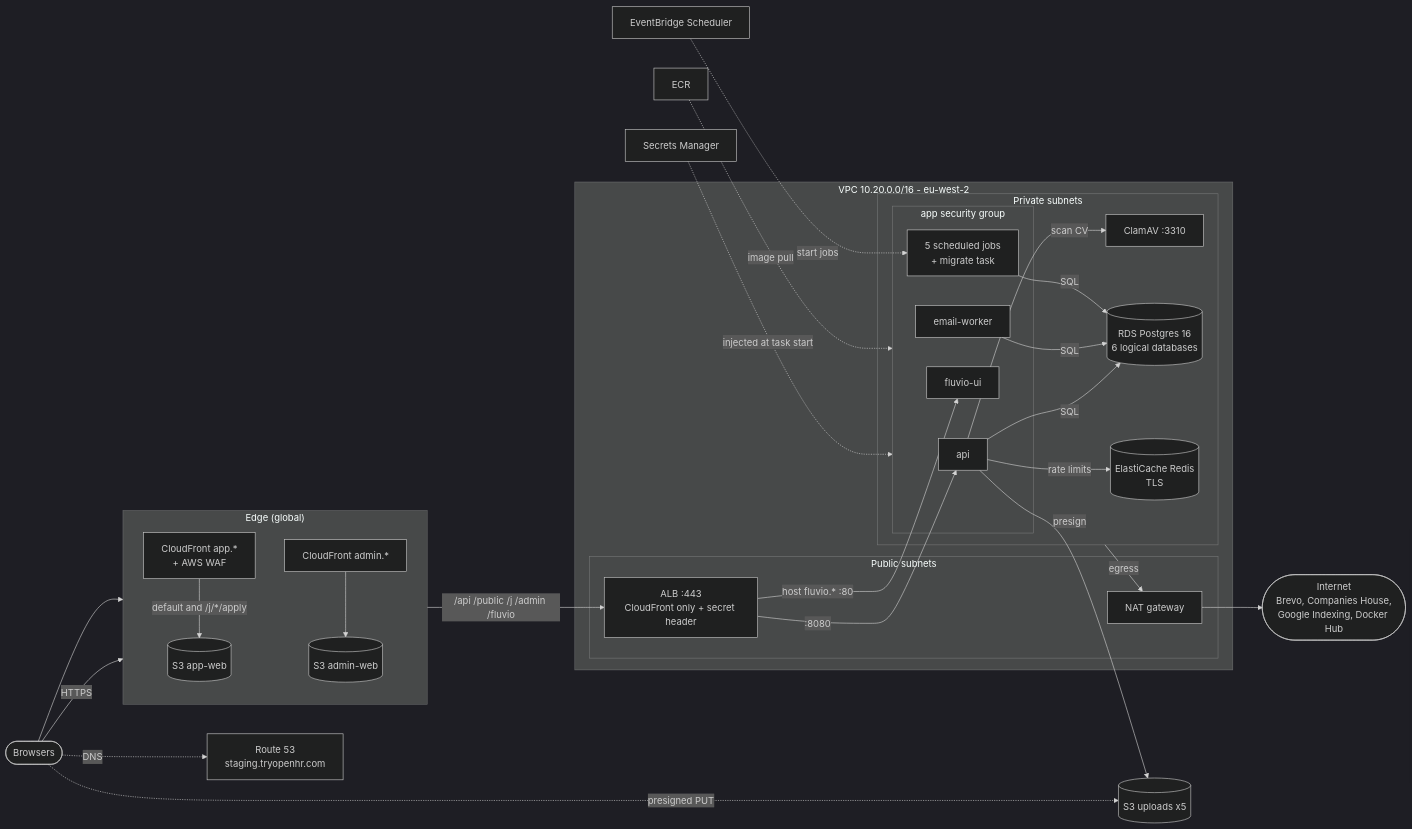
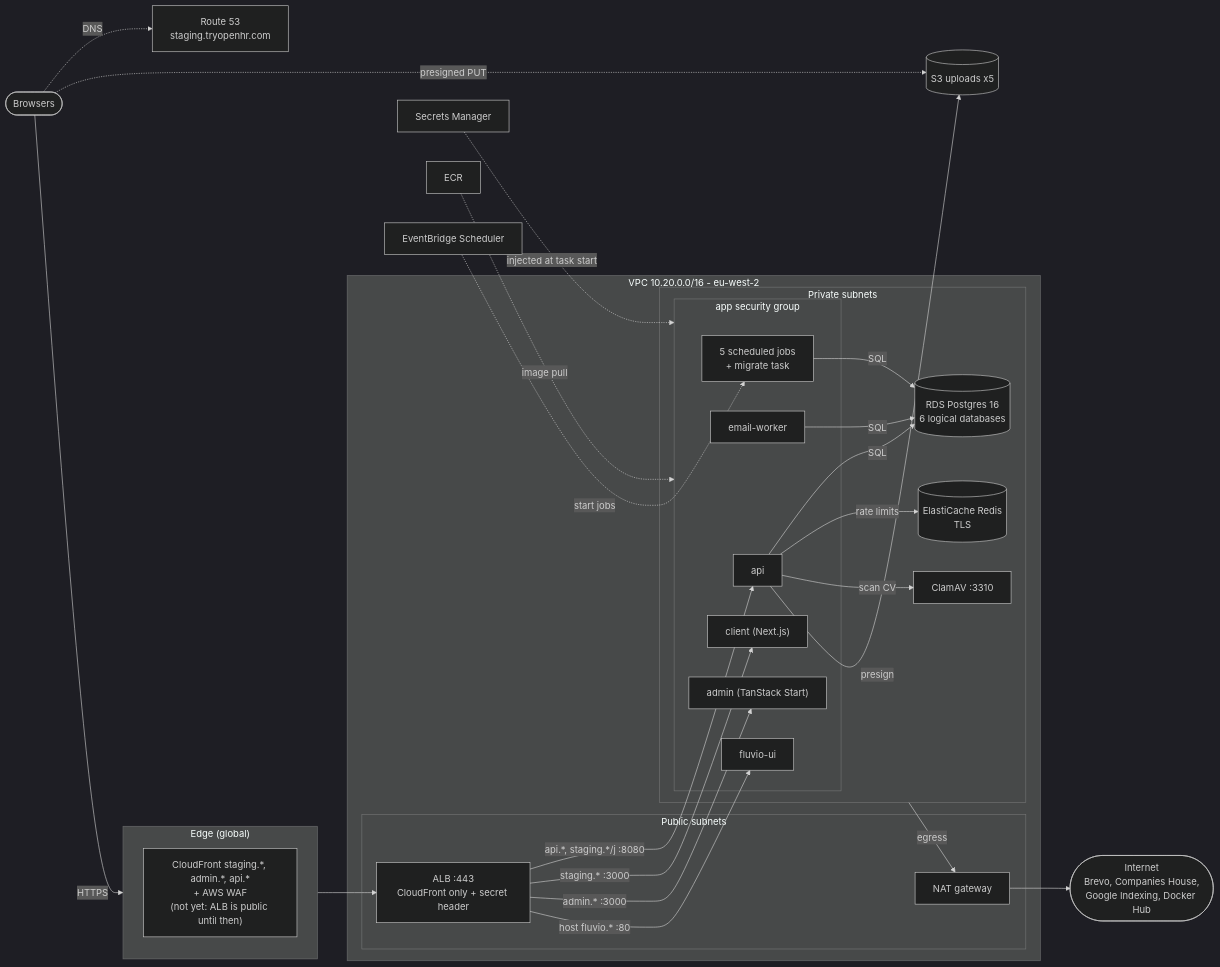
Before and after one commit to Angle-HR/server: the first of 2 diagrams in infra/ARCHITECTURE.md, drawn with Mermaid (dark theme). The commit also changed other lines of this file and 16 other files, not shown here.

First line of the commit message:
Staging without CloudFront; SSR frontends as ECS services

````diff
--- a/infra/ARCHITECTURE.md
+++ b/infra/ARCHITECTURE.md
@@ -8,58 +8,56 @@
 ```mermaid
 flowchart LR
   user(["Browsers"])
   r53["Route 53<br/>staging.tryopenhr.com"]
 
   subgraph edge["Edge (global)"]
     direction TB
-    cfa["CloudFront app.*<br/>+ AWS WAF"]
-    cfm["CloudFront admin.*"]
-    s3a[("S3 app-web")]
-    s3m[("S3 admin-web")]
+    cfa["CloudFront staging.*, admin.*, api.*<br/>+ AWS WAF<br/>(not yet: ALB is public until then)"]
   end
 
   subgraph vpc["VPC 10.20.0.0/16 - eu-west-2"]
     subgraph pub["Public subnets"]
       alb["ALB :443<br/>CloudFront only + secret header"]
       nat["NAT gateway"]
     end
     subgraph priv["Private subnets"]
       subgraph appsg["app security group"]
         api["api"]
         worker["email-worker"]
         fluvio["fluvio-ui"]
+        client["client (Next.js)"]
+        admin["admin (TanStack Start)"]
         jobs["5 scheduled jobs<br/>+ migrate task"]
       end
       clam["ClamAV :3310"]
       rds[("RDS Postgres 16<br/>6 logical databases")]
       redis[("ElastiCache Redis<br/>TLS")]
     end
   end
 
   s3u[("S3 uploads x5")]
   sm["Secrets Manager"]
   ecr["ECR"]
   eb["EventBridge Scheduler"]
   net(["Internet<br/>Brevo, Companies House,<br/>Google Indexing, Docker Hub"])
 
   user -.->|"DNS"| r53
   user -->|"HTTPS"| cfa
-  user --> cfm
-  cfa -->|"default and /j/*/apply"| s3a
-  cfm --> s3m
-  cfa -->|"/api /public /j /admin /fluvio"| alb
-  alb -->|":8080"| api
+  cfa --> alb
+  alb -->|"api.*, staging.*/j :8080"| api
+  alb -->|"staging.* :3000"| client
+  alb -->|"admin.* :3000"| admin
   alb -->|"host fluvio.* :80"| fluvio
   api -->|"SQL"| rds
   worker -->|"SQL"| rds
   jobs -->|"SQL"| rds
   api -->|"rate limits"| redis
   api -->|"scan CV"| clam
   api -->|"presign"| s3u
   user -.->|"presigned PUT"| s3u
   priv -->|"egress"| nat
   nat --> net
   sm -.->|"injected at task start"| appsg
   ecr -.->|"image pull"| appsg
   eb -.->|"start jobs"| jobs
 ```
````
